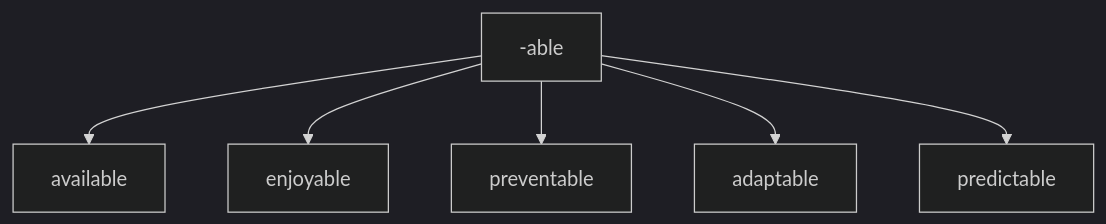
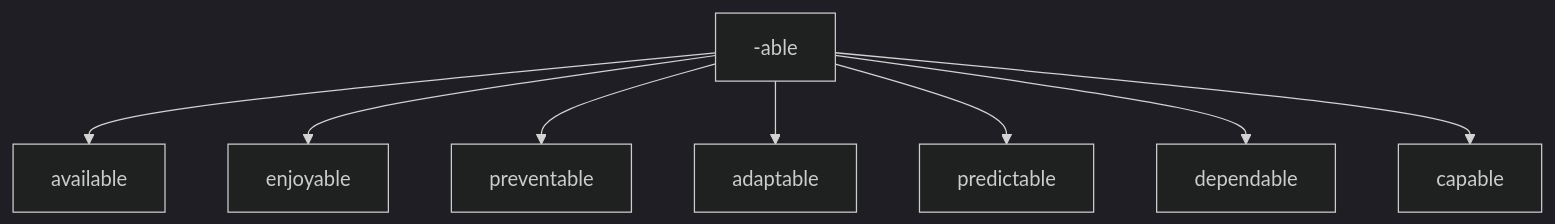
Before and after one commit to pleabargain/EnglishHelpsYourCareer: the first of 12 diagrams in adjectives_suffixes.md, drawn with Mermaid (dark theme). The commit also changed other lines of this file, not shown here.

````diff
--- a/adjectives_suffixes.md
+++ b/adjectives_suffixes.md
@@ -13,7 +13,11 @@
 ```mermaid
 graph TD;
     -able--> available;
     -able--> enjoyable;
-    -able-->preventable; -able-->adaptable;-able--> predictable;
+    -able-->preventable; 
+    -able-->adaptable;
+    -able--> predictable;
+    -able--> dependable;
+    -able--> capable;
     
 ```
````
